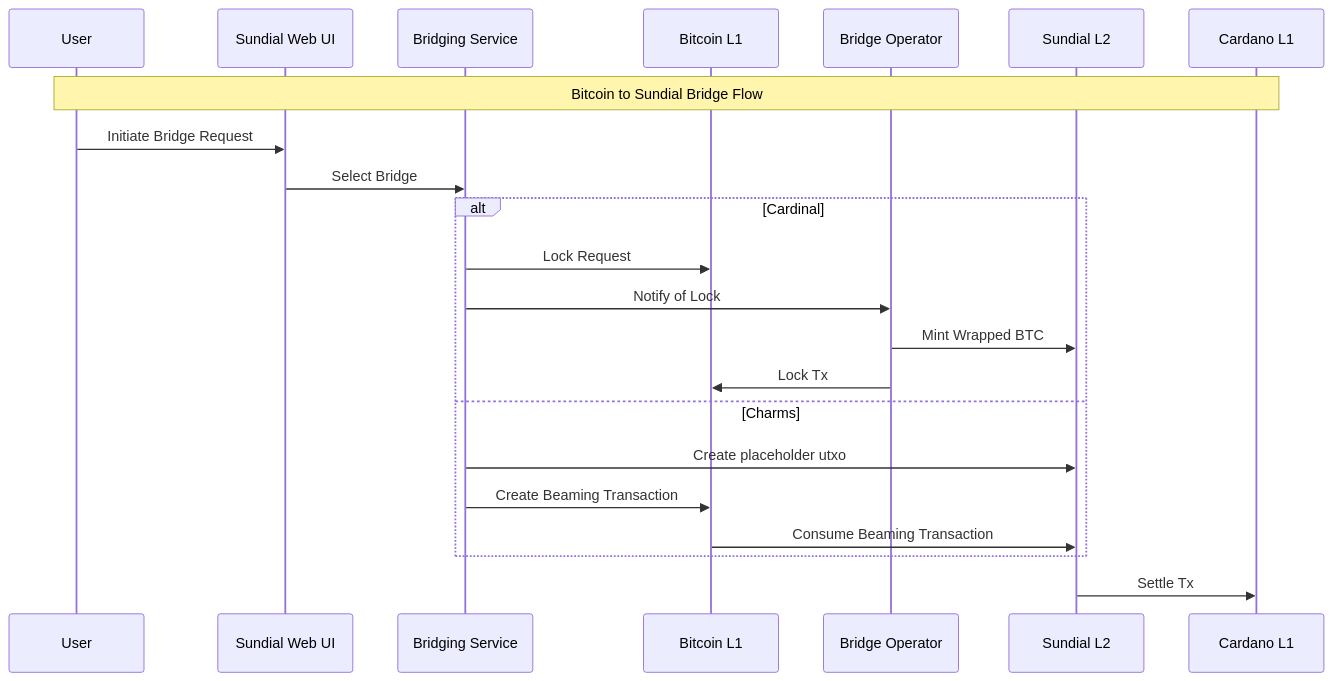
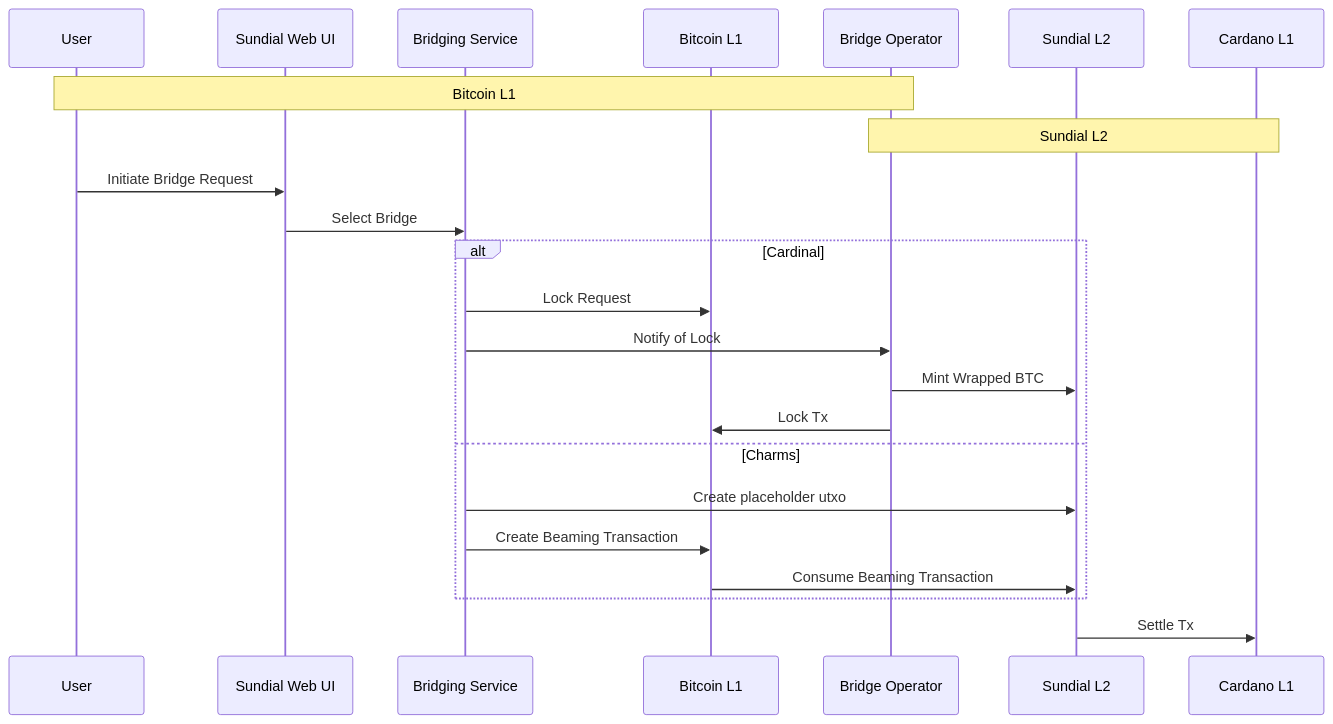
One commit to sundial-protocol/internal-docs changed the first of 4 diagrams in architecture/blueprint.md. Above: the diagram before and after it, drawn with Mermaid. The commit also changed other lines of this file, not shown here.

Commit message:
Add deposit & withdrawal flow sequence diagrams

````diff
--- a/architecture/blueprint.md
+++ b/architecture/blueprint.md
@@ -6,28 +6,29 @@
 ```mermaid
 sequenceDiagram
     participant User
     participant UI as Sundial Web UI
     participant BridgeService as Bridging Service
     participant BTCL1 as Bitcoin L1
     participant BridgeOp as Bridge Operator
     participant L2 as Sundial L2
     participant L1 as Cardano L1
 
-    Note over User, L1: Bitcoin to Sundial Bridge Flow
+    Note over User, BridgeOp: Bitcoin L1
+    Note over BridgeOp, L1: Sundial L2
 
     User->>UI: Initiate Bridge Request
     UI->>BridgeService: Select Bridge
 
     alt Cardinal
         BridgeService->>BTCL1: Lock Request
         BridgeService->>BridgeOp: Notify of Lock
         BridgeOp->>L2: Mint Wrapped BTC
         BridgeOp->>BTCL1: Lock Tx
     else Charms
         BridgeService->>L2: Create placeholder utxo
         BridgeService->>BTCL1: Create Beaming Transaction
         BTCL1->>L2: Consume Beaming Transaction
     end
 
     L2->>L1: Settle Tx
 ```
````
